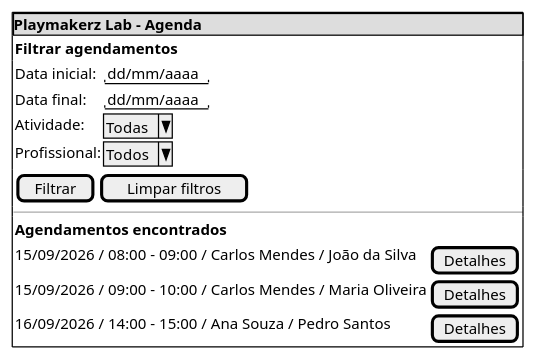
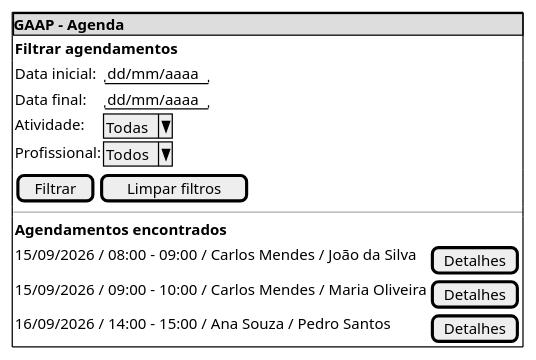
The fifth of 6 diagrams in docs/Iniciacao/prototipo_baixa_fidelidade.md (Projetos-de-Extensao/PECDII_26.2_8001_I), drawn with PlantUML before and after one commit. The commit also changed other lines of this file and 13 other files, not shown here.

````diff
--- a/docs/Iniciacao/prototipo_baixa_fidelidade.md
+++ b/docs/Iniciacao/prototipo_baixa_fidelidade.md
@@ -198,34 +198,34 @@
 ```plantuml
 @startsalt
 {+
-    {* <b>Playmakerz Lab - Agenda}
+    {* <b>GAAP - Agenda}
 
     {
         <b>Filtrar agendamentos
     }
 
     {
         Data inicial: | "dd/mm/aaaa"
         Data final: | "dd/mm/aaaa"
         Atividade: | ^Todas^
         Profissional: | ^Todos^
     }
 
     {
         [Filtrar] | [Limpar filtros]
     }
 
     --
 
     {
         <b>Agendamentos encontrados
     }
 
     {
         15/09/2026 / 08:00 - 09:00 / Carlos Mendes / João da Silva | [Detalhes]
         15/09/2026 / 09:00 - 10:00 / Carlos Mendes / Maria Oliveira | [Detalhes]
         16/09/2026 / 14:00 - 15:00 / Ana Souza / Pedro Santos | [Detalhes]
     }
 }
 @endsalt
 ```
````
